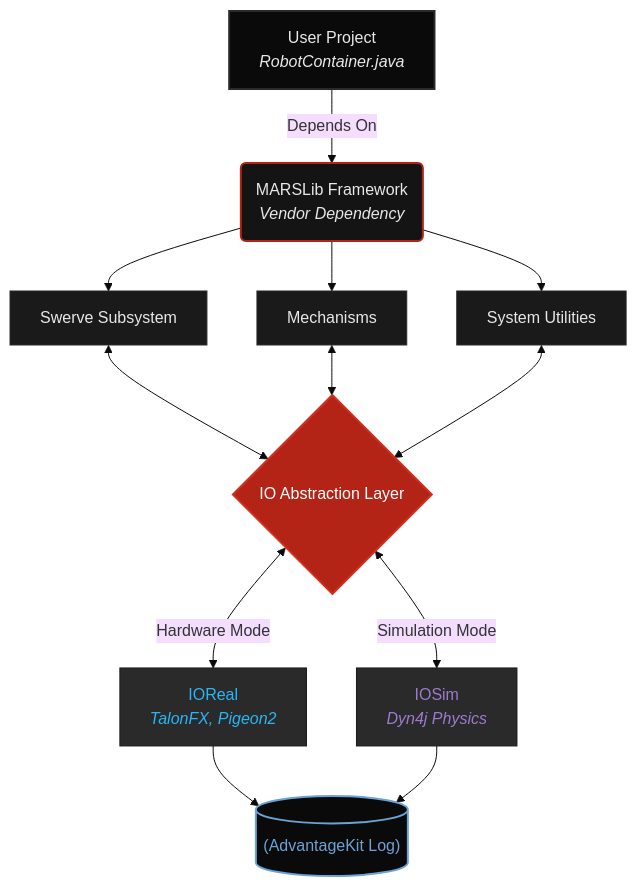
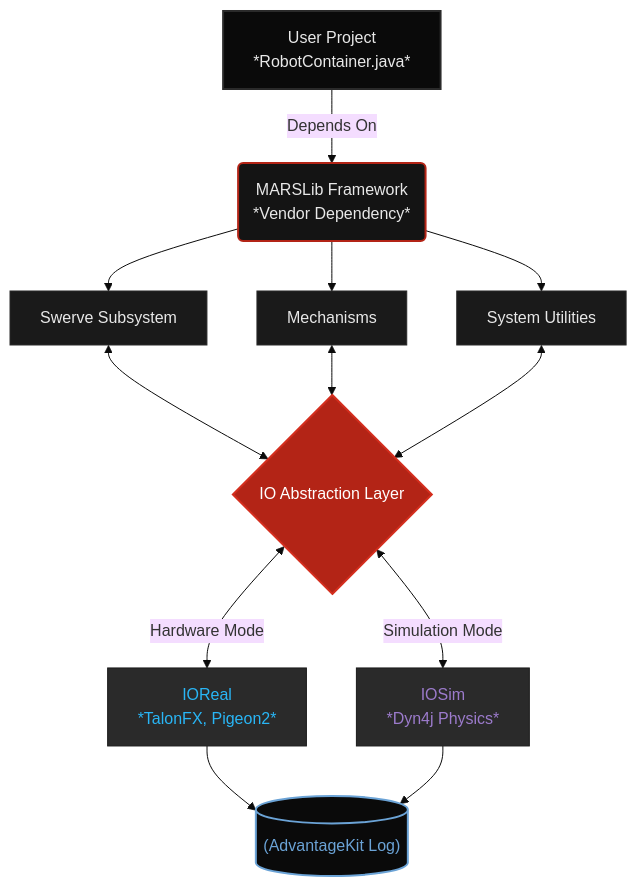
Before and after one commit to MARSProgramming/MARSLib: the diagram in website/src/content/docs/tutorials/framework/architecture.mdx, drawn with Mermaid (base theme). The commit also changed other lines of this file and 22 other files, not shown here.

````diff
--- a/website/src/content/docs/tutorials/framework/architecture.mdx
+++ b/website/src/content/docs/tutorials/framework/architecture.mdx
@@ -12,23 +12,27 @@
 ```mermaid
 graph TD
-    Z["User Project<br><i>RobotContainer.java</i>"] -->|Depends On| A("MARSLib Framework<br><i>Vendor Dependency</i>")
+    Z["User Project
+*RobotContainer.java*"] -->|Depends On| A("MARSLib Framework
+*Vendor Dependency*")
     A --> C[Swerve Subsystem]
     A --> D[Mechanisms]
     A --> E[System Utilities]
     C <--> F{"IO Abstraction Layer"}
     D <--> F
     E <--> F
-    F <-->|Hardware Mode| G["IOReal<br><i>TalonFX, Pigeon2</i>"]
-    F <-->|Simulation Mode| H["IOSim<br><i>Dyn4j Physics</i>"]
+    F <-->|Hardware Mode| G["IOReal
+*TalonFX, Pigeon2*"]
+    F <-->|Simulation Mode| H["IOSim
+*Dyn4j Physics*"]
     G --> I[("(AdvantageKit Log)")]
     H --> I
     style Z fill:#0a0a0a,stroke:#2a2a2a,stroke-width:2px,color:#e8e8e8
     style A fill:#141414,stroke:#B32416,stroke-width:2px,color:#e8e8e8
     style C fill:#1a1a1a,stroke:#2a2a2a,stroke-width:1px,color:#e8e8e8
     style D fill:#1a1a1a,stroke:#2a2a2a,stroke-width:1px,color:#e8e8e8
     style E fill:#1a1a1a,stroke:#2a2a2a,stroke-width:1px,color:#e8e8e8
     style F fill:#B32416,stroke:#d42e1e,stroke-width:2px,color:#fff
     style G fill:#2a2a2a,stroke:#1a1a1a,stroke-width:1px,color:#29b6f6
     style H fill:#2a2a2a,stroke:#1a1a1a,stroke-width:1px,color:#9c7bcc
     style I fill:#0a0a0a,stroke:#6ba3d6,stroke-width:2px,color:#6ba3d6
 ```
````
